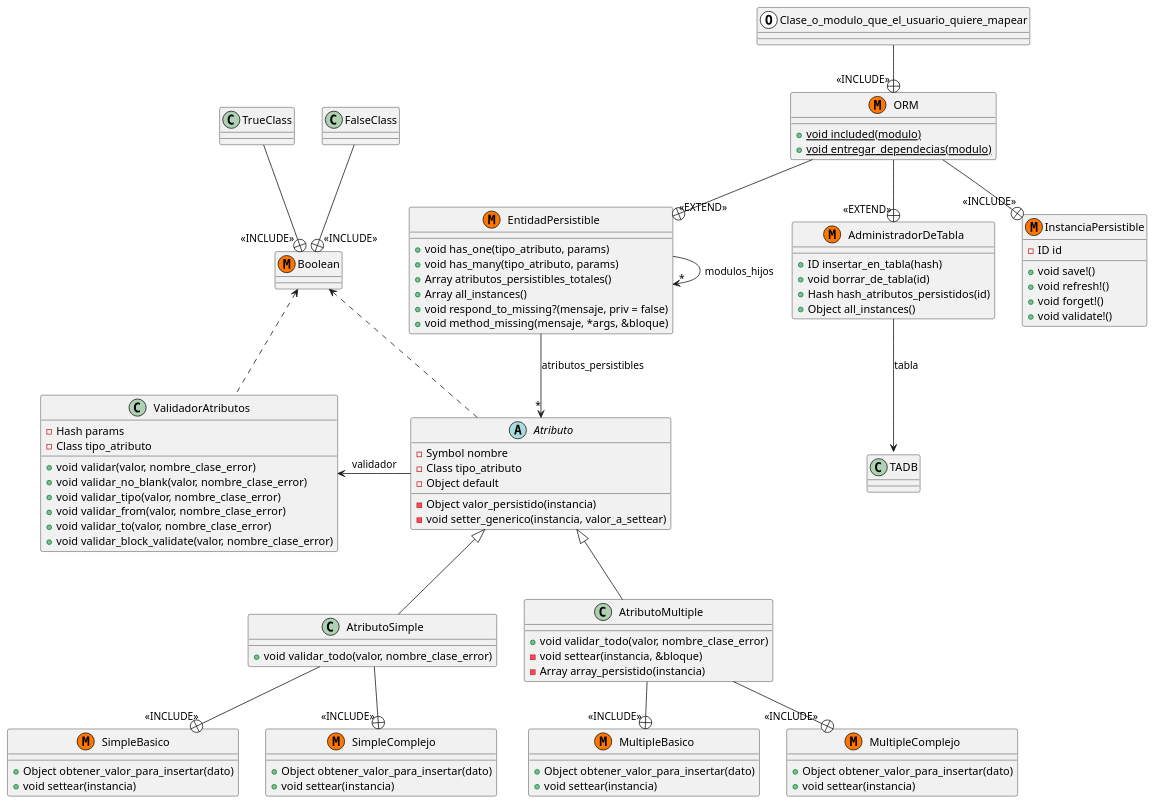
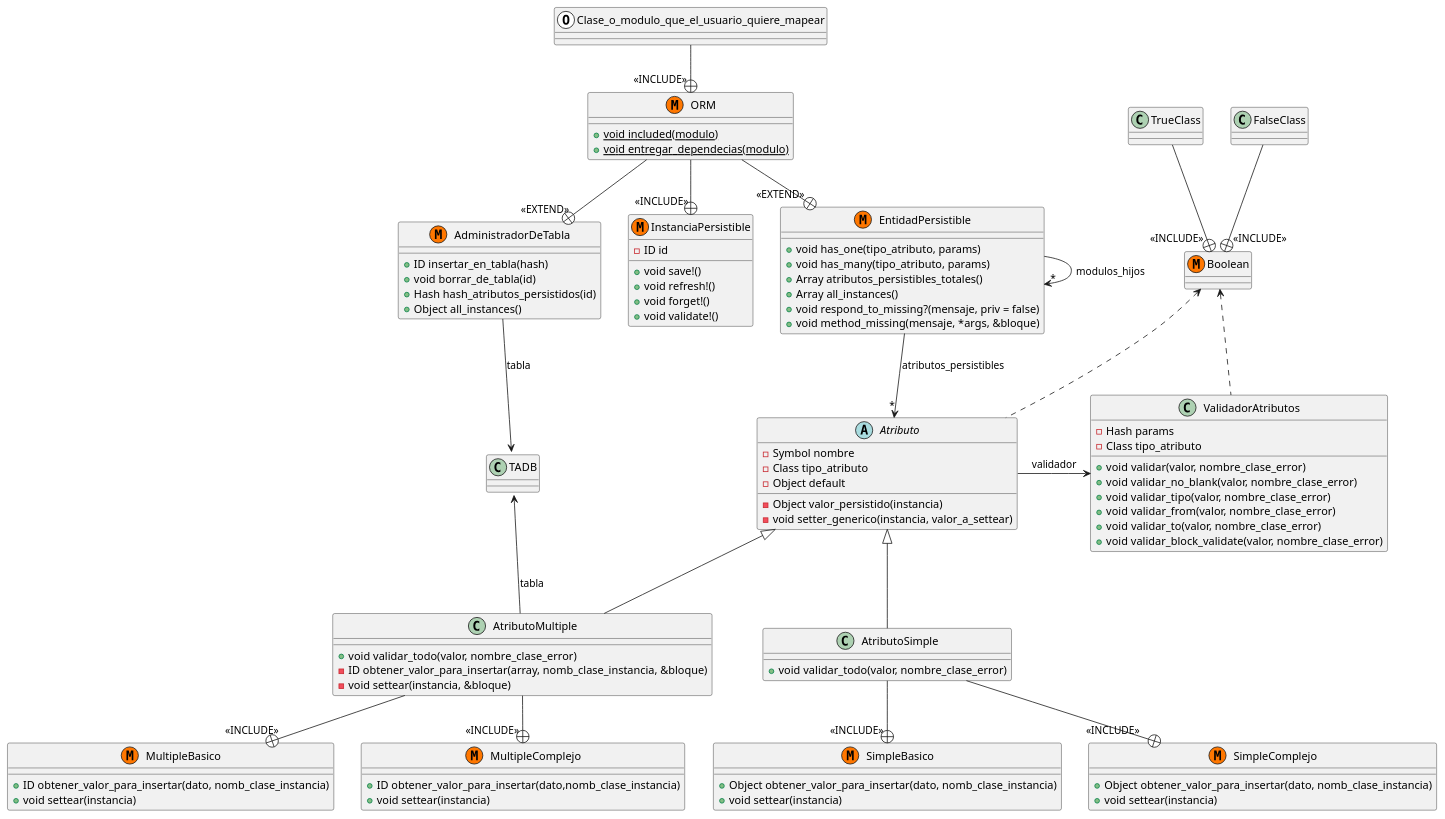
One commit to matiasanz/tp-TADP-1C-2020 changed the diagram in ruby/diagramas/tadp.puml. Above: the diagram before and after it, drawn with PlantUML. The commit also changed 4 other files, not shown here.

```diff
--- a/ruby/diagramas/tadp.puml
+++ b/ruby/diagramas/tadp.puml
@@ -1,108 +1,110 @@
 @startuml
 
 class AdministradorDeTabla << (M,#FF7700)>> {
 + ID insertar_en_tabla(hash)
 + void borrar_de_tabla(id)
 + Hash hash_atributos_persistidos(id)
 + Object all_instances()
 }
 
 abstract class Atributo {
 - Symbol nombre
 - Class tipo_atributo
 - Object default
 - Object valor_persistido(instancia)
 - void setter_generico(instancia, valor_a_settear)
 }
 
 class AtributoSimple {
 + void validar_todo(valor, nombre_clase_error)
 }
 
 class SimpleBasico <<(M,#FF7700)>> {
-+ Object obtener_valor_para_insertar(dato)
++ Object obtener_valor_para_insertar(dato, nomb_clase_instancia)
 + void settear(instancia)
 }
 
 class SimpleComplejo <<(M,#FF7700)>> {
-+ Object obtener_valor_para_insertar(dato)
++ Object obtener_valor_para_insertar(dato, nomb_clase_instancia)
 + void settear(instancia)
 }
 
 class AtributoMultiple {
 + void validar_todo(valor, nombre_clase_error)
+- ID obtener_valor_para_insertar(array, nomb_clase_instancia, &bloque)
 - void settear(instancia, &bloque)
-- Array array_persistido(instancia)
 }
 
 class MultipleBasico <<(M,#FF7700)>> {
-+ Object obtener_valor_para_insertar(dato)
++ ID obtener_valor_para_insertar(dato, nomb_clase_instancia)
 + void settear(instancia)
 }
 
 class MultipleComplejo <<(M,#FF7700)>> {
-+ Object obtener_valor_para_insertar(dato)
++ ID obtener_valor_para_insertar(dato,nomb_clase_instancia)
 + void settear(instancia)
 }
 
 class EntidadPersistible <<(M,#FF7700)>> {
 + void has_one(tipo_atributo, params)
 + void has_many(tipo_atributo, params)
 + Array atributos_persistibles_totales()
 + Array all_instances()
 + void respond_to_missing?(mensaje, priv = false)
 + void method_missing(mensaje, *args, &bloque)
 }
 
 class InstanciaPersistible <<(M,#FF7700)>> {
 - ID id
 + void save!()
 + void refresh!()
 + void forget!()
 + void validate!()
 }
 
 class ORM <<(M,#FF7700)>> {
 + {static} void included(modulo)
 + {static} void entregar_dependecias(modulo)
 }
 
 class Boolean <<(M,#FF7700)>> {}
 class TrueClass{}
 class FalseClass{}
 
 class ValidadorAtributos {
 - Hash params
 - Class tipo_atributo
 + void validar(valor, nombre_clase_error)
 + void validar_no_blank(valor, nombre_clase_error)
 + void validar_tipo(valor, nombre_clase_error)
 + void validar_from(valor, nombre_clase_error)
 + void validar_to(valor, nombre_clase_error)
 + void validar_block_validate(valor, nombre_clase_error)
 }
 
 class Clase_o_modulo_que_el_usuario_quiere_mapear <<(O,#FFFFFF)>> {}
 
 Atributo <|-- AtributoSimple
 Atributo <|-- AtributoMultiple
 TrueClass-down-+"<<INCLUDE>>"Boolean
 FalseClass-down-+"<<INCLUDE>>"Boolean
 AdministradorDeTabla --> TADB::Table : tabla
 ValidadorAtributos <-right- Atributo : validador
 AtributoSimple--+"<<INCLUDE>>"SimpleBasico
 AtributoSimple--+"<<INCLUDE>>"SimpleComplejo
 AtributoMultiple--+"<<INCLUDE>>"MultipleBasico
 AtributoMultiple--+"<<INCLUDE>>"MultipleComplejo
 ORM --+ "<<EXTEND>>" EntidadPersistible
 ORM --+ "<<EXTEND>>" AdministradorDeTabla
 ORM --+ "<<INCLUDE>>" InstanciaPersistible
 
 EntidadPersistible --> "*" EntidadPersistible : modulos_hijos
 EntidadPersistible -down-> "*" Atributo : atributos_persistibles
 
+AtributoMultiple -up-> TADB::Table : tabla
+
 Boolean <.. Atributo
 Boolean <.. ValidadorAtributos
 
 Clase_o_modulo_que_el_usuario_quiere_mapear --+ "<<INCLUDE>>" ORM
 @enduml
```
